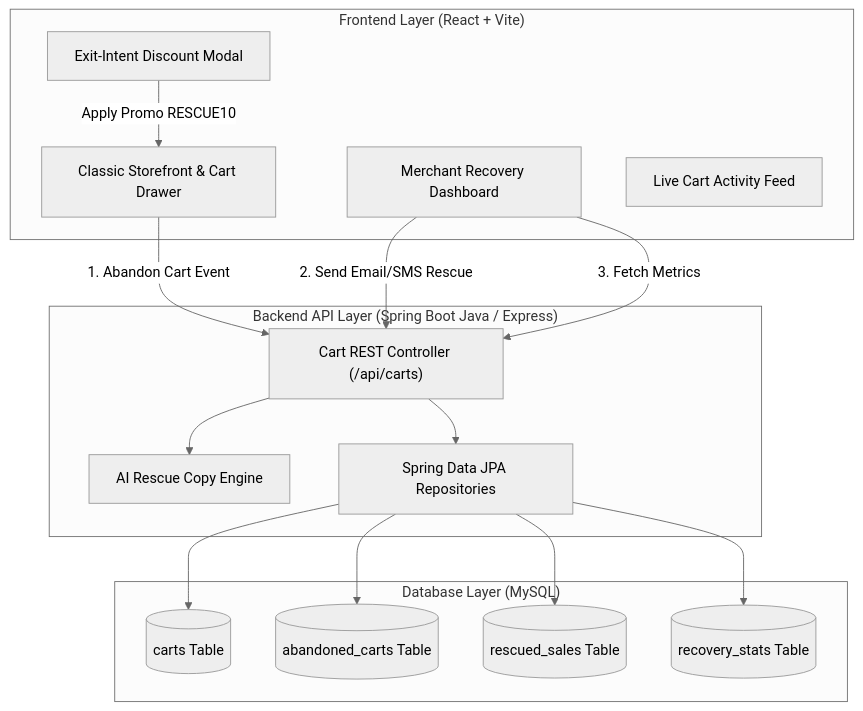
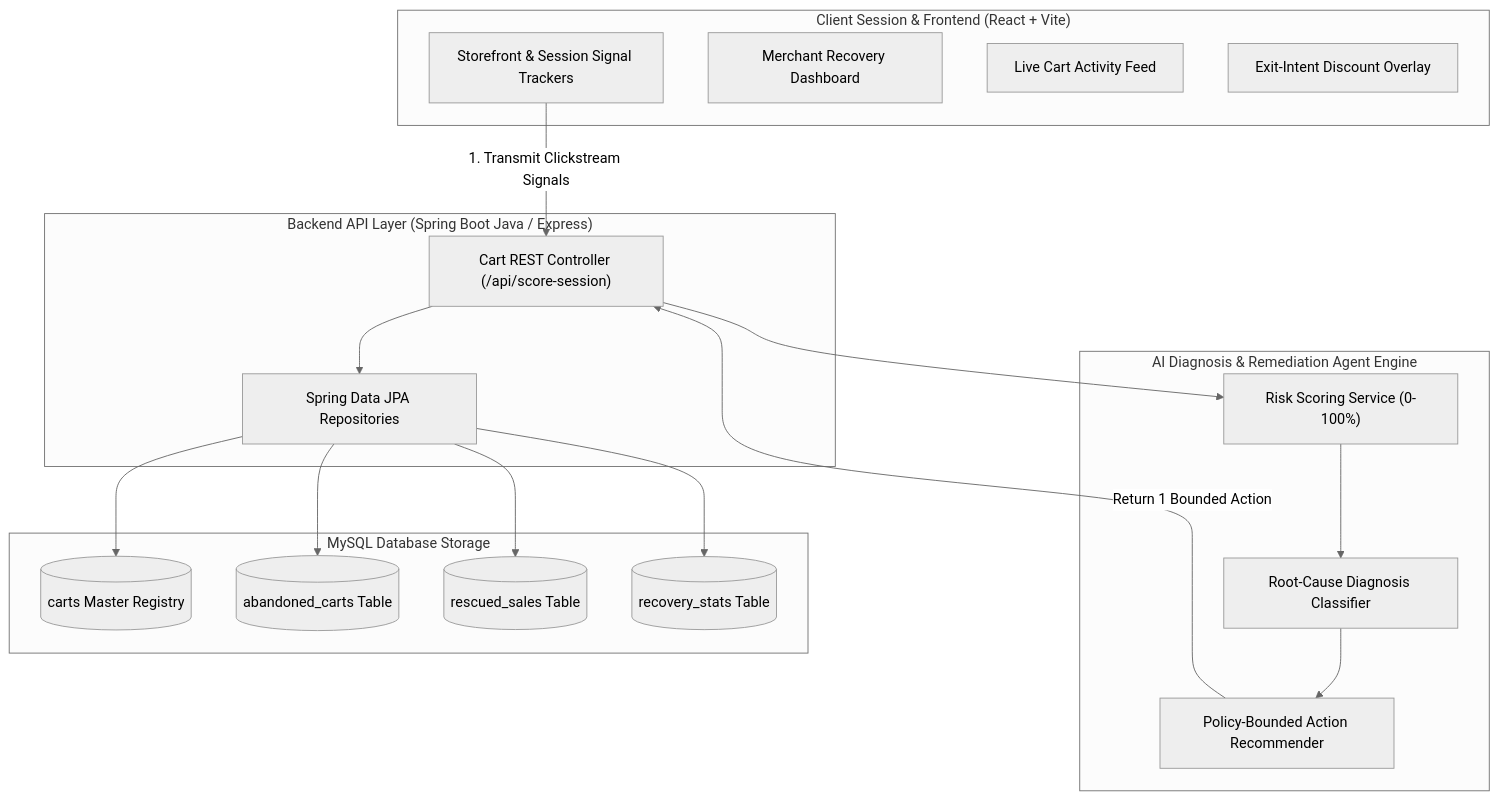
One commit to VARMA-2300031783/cart-rescue-classic changed the first of 2 diagrams in README.md. Above: the diagram before and after it, drawn with Mermaid (neutral theme). The commit also changed other lines of this file and 5 other files, not shown here.

Commit message:
Track 2 Cart Rescue AI Agent upgrade: real-time risk scoring, root-cause diagnosis classifier, policy-bounded action recommender, margin guardrails, and updated README

````diff
--- a/README.md
+++ b/README.md
@@ -14,33 +23,38 @@
 ```mermaid
 graph TD
-    subgraph Frontend ["Frontend Layer (React + Vite)"]
-        UI["Classic Storefront & Cart Drawer"]
+    subgraph Client ["Client Session & Frontend (React + Vite)"]
+        Storefront["Storefront & Session Signal Trackers"]
         Dashboard["Merchant Recovery Dashboard"]
         LiveFeed["Live Cart Activity Feed"]
-        ExitPopup["Exit-Intent Discount Modal"]
+        ExitPopup["Exit-Intent Discount Overlay"]
+    end
+
+    subgraph Agent ["AI Diagnosis & Remediation Agent Engine"]
+        Scorer["Risk Scoring Service (0-100%)"]
+        Classifier["Root-Cause Diagnosis Classifier"]
+        Recommender["Policy-Bounded Action Recommender"]
     end
 
     subgraph Backend ["Backend API Layer (Spring Boot Java / Express)"]
-        Controller["Cart REST Controller (/api/carts)"]
-        Service["AI Rescue Copy Engine"]
+        Controller["Cart REST Controller (/api/score-session)"]
         JPA["Spring Data JPA Repositories"]
     end
 
-    subgraph Database ["Database Layer (MySQL)"]
-        CartsTB[("carts Table")]
+    subgraph DB ["MySQL Database Storage"]
+        CartsTB[("carts Master Registry")]
         AbandonedTB[("abandoned_carts Table")]
         RescuedTB[("rescued_sales Table")]
         StatsTB[("recovery_stats Table")]
     end
 
-    UI -->|1. Abandon Cart Event| Controller
-    ExitPopup -->|Apply Promo RESCUE10| UI
-    Dashboard -->|2. Send Email/SMS Rescue| Controller
-    Dashboard -->|3. Fetch Metrics| Controller
-    Controller --> Service
+    Storefront -->|1. Transmit Clickstream Signals| Controller
+    Controller --> Scorer
+    Scorer --> Classifier
+    Classifier --> Recommender
+    Recommender -->|Return 1 Bounded Action| Controller
     Controller --> JPA
     JPA --> CartsTB
     JPA --> AbandonedTB
     JPA --> RescuedTB
     JPA --> StatsTB
 ```
````
